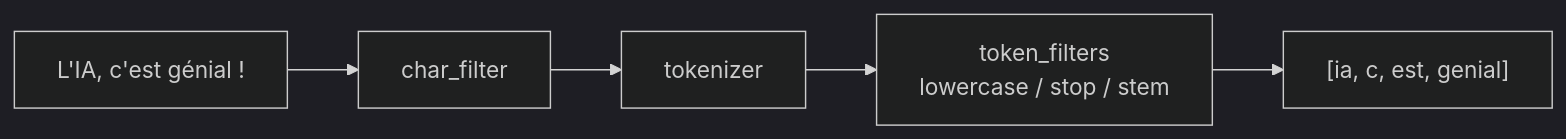
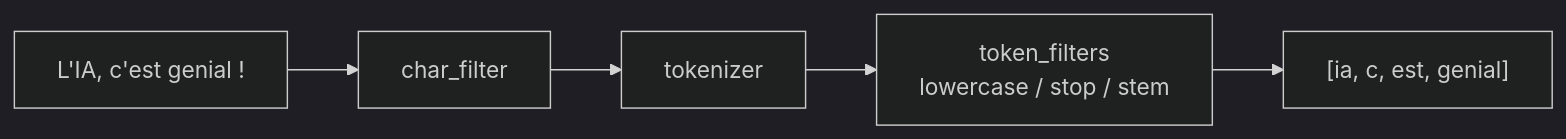
Before and after one commit to haythem-rehouma/Elastic-Search-0: the second of 3 diagrams in docs2-cours1/03-concepts-cles-elasticsearch.md, drawn with Mermaid (dark theme). The commit also changed other lines of this file and 49 other files, not shown here.

````diff
--- a/docs2-cours1/03-concepts-cles-elasticsearch.md
+++ b/docs2-cours1/03-concepts-cles-elasticsearch.md
@@ -152,7 +152,7 @@
 ```mermaid
 flowchart LR
-    A["L'IA, c'est génial !"] --> B[char_filter]
-    B --> C[tokenizer]
-    C --> D[token_filters<br/>lowercase / stop / stem]
+    A["L'IA, c'est genial !"] --> B["char_filter"]
+    B --> C["tokenizer"]
+    C --> D["token_filters<br/>lowercase / stop / stem"]
     D --> E["[ia, c, est, genial]"]
 ```
````
